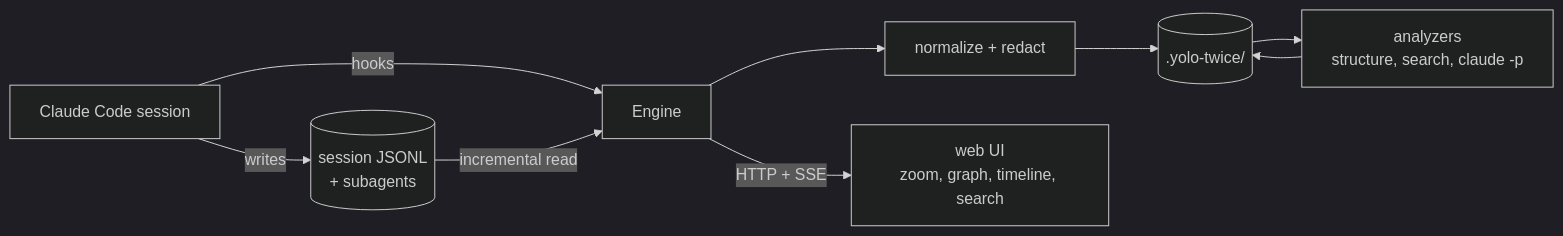
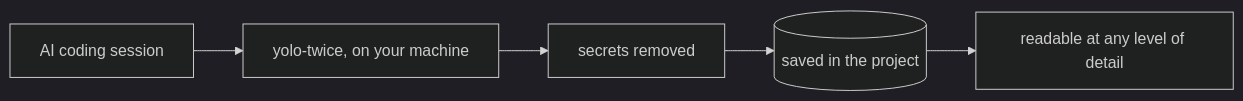
One commit to bar9/yolo-twice changed the diagram in code/site/index.md. Above: the diagram before and after it, drawn with Mermaid (dark theme). The commit also changed other lines of this file and 7 other files, not shown here.

````diff
--- a/code/site/index.md
+++ b/code/site/index.md
@@ -48,11 +52,7 @@
 ```mermaid
 flowchart LR
-  CC[Claude Code session] -- "hooks" --> ENG[Engine]
-  CC -- writes --> JSONL[(session JSONL<br/>+ subagents)]
-  JSONL -- "incremental read" --> ENG
-  ENG --> NORM[normalize + redact]
-  NORM --> STORE[(.yolo-twice/)]
-  STORE --> AN[analyzers<br/>structure, search, claude -p]
-  AN --> STORE
-  ENG -- "HTTP + SSE" --> UI[web UI<br/>zoom, graph, timeline, search]
+  CC[AI coding session] --> ENG[yolo-twice, on your machine]
+  ENG --> R[secrets removed]
+  R --> STORE[(saved in the project)]
+  STORE --> UI[readable at any level of detail]
 ```
````
